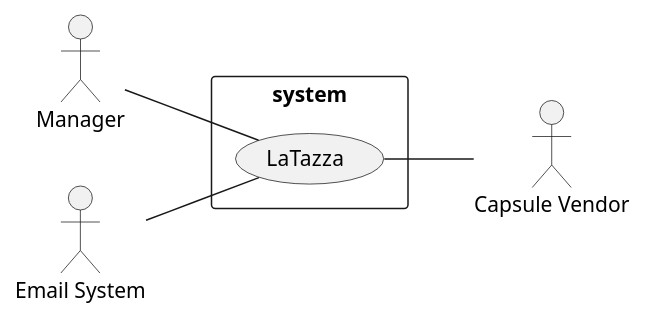
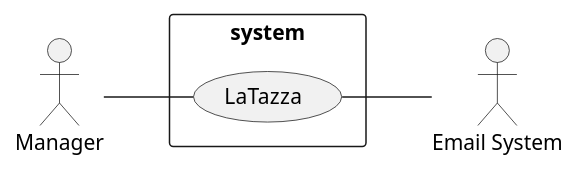
The first of 4 diagrams in requirements.md (eloparco/LaTazza), drawn with PlantUML before and after one commit. The commit also changed other lines of this file, not shown here.

````diff
--- a/requirements.md
+++ b/requirements.md
@@ -52,15 +52,13 @@
 ```plantuml
 left to right direction
 skinparam packageStyle rectangle
 
 actor Manager as m
-actor "Capsule Vendor" as v
 actor "Email System" as es
 
 rectangle system {
     (LaTazza) as lt
     m -- lt
-    es -- lt
-    lt -- v
+    lt -- es
 }
 ```
````
